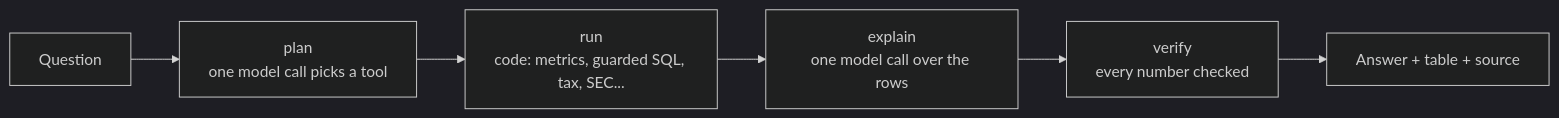
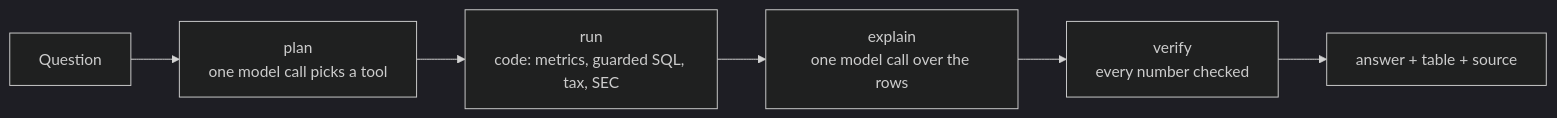
One commit to AmanDataGuy/WealthOS changed the diagram in README.md. Above: the diagram before and after it, drawn with Mermaid (dark theme). The commit also changed other lines of this file, not shown here.

````diff
--- a/README.md
+++ b/README.md
@@ -46,8 +81,8 @@
 ```mermaid
 flowchart LR
     Q[Question] --> P[plan<br>one model call picks a tool]
-    P --> R[run<br>code: metrics, guarded SQL, tax, SEC...]
+    P --> R[run<br>code: metrics, guarded SQL, tax, SEC]
     R --> E[explain<br>one model call over the rows]
     E --> V[verify<br>every number checked]
-    V --> A[Answer + table + source]
+    V --> A[answer + table + source]
 ```
````
